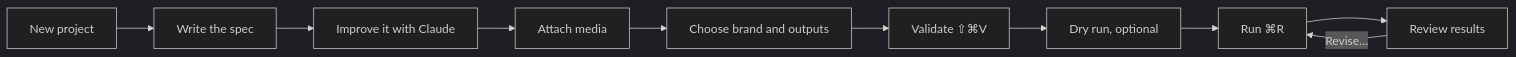
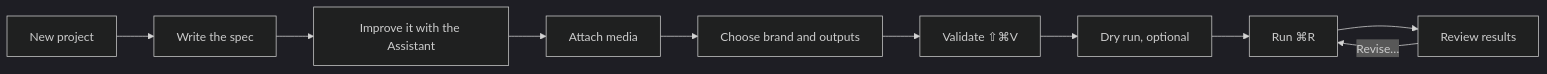
One commit to danjebaraj/video-editor changed the diagram in docs/video-studio/USER_GUIDE.md. Above: the diagram before and after it, drawn with Mermaid (dark theme). The commit also changed other lines of this file and 48 other files, not shown here.

````diff
--- a/docs/video-studio/USER_GUIDE.md
+++ b/docs/video-studio/USER_GUIDE.md
@@ -50,12 +50,12 @@
 ```mermaid
 flowchart LR
     A[New project] --> B[Write the spec]
-    B --> C[Improve it with Claude]
+    B --> C[Improve it with the Assistant]
     C --> D[Attach media]
     D --> E[Choose brand and outputs]
     E --> F[Validate ⇧⌘V]
     F --> G[Dry run, optional]
     G --> H[Run ⌘R]
     H --> I[Review results]
     I -->|Revise…| H
 ```
````
